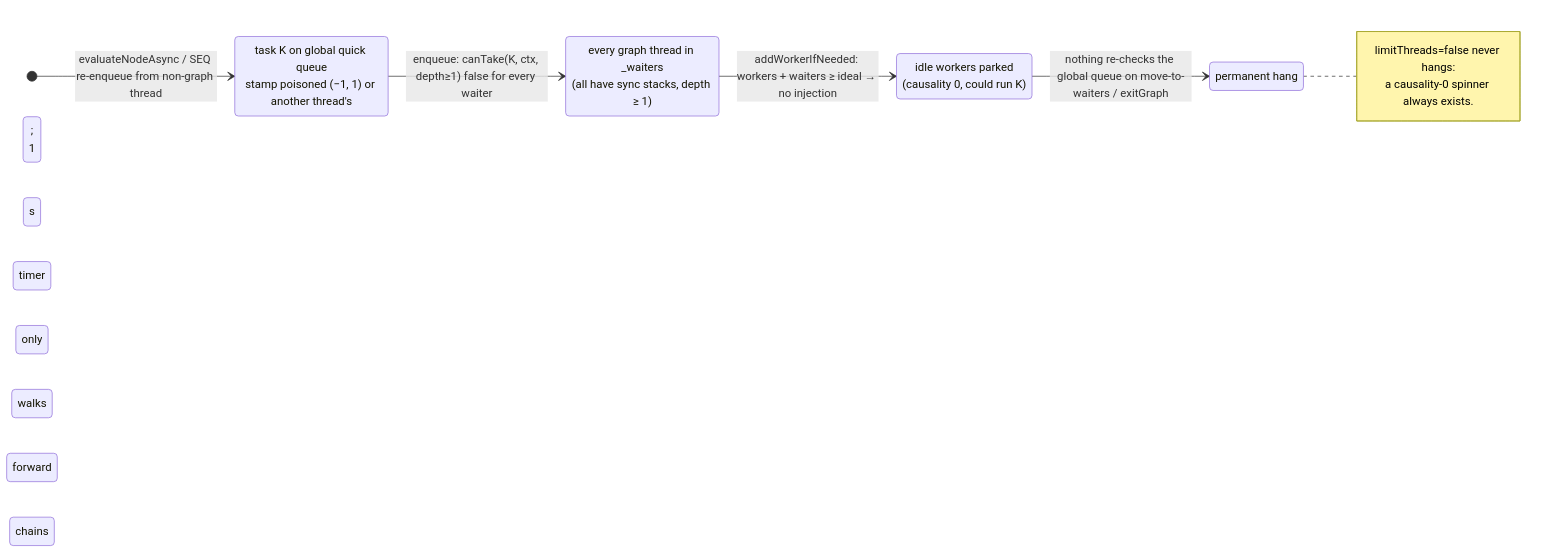
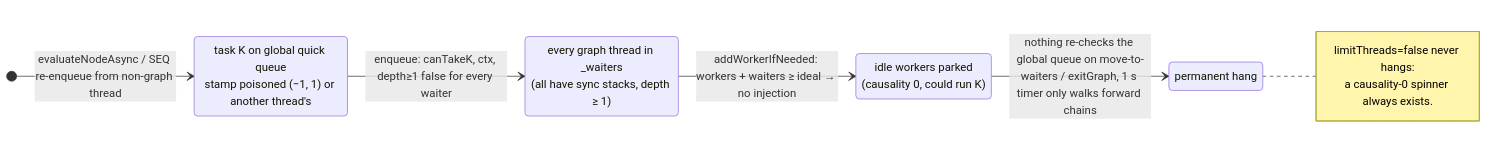
Before and after one commit to retronym/optimus-cirrus: the sixth of 7 diagrams in SCHEDULER_REVIEW.md, drawn with Mermaid. The commit also changed 2 other files, not shown here.

Commit message:
Diagrams: sanitise state-transition labels for mermaid

````diff
--- a/SCHEDULER_REVIEW.md
+++ b/SCHEDULER_REVIEW.md
@@ -341,17 +341,17 @@
 ```mermaid
 stateDiagram-v2
     direction LR
     work: task K on global quick queue<br/>stamp poisoned (−1, 1) or another thread's
     waiting: every graph thread in _waiters<br/>(all have sync stacks, depth ≥ 1)
     idle: idle workers parked<br/>(causality 0, could run K)
     hang: permanent hang
 
     [*] --> work: evaluateNodeAsync / SEQ re-enqueue from non-graph thread
-    work --> waiting: enqueue: canTake(K, ctx, depth≥1) false for every waiter
+    work --> waiting: enqueue: canTakeK, ctx, depth≥1 false for every waiter
     waiting --> idle: addWorkerIfNeeded: workers + waiters ≥ ideal → no injection
-    idle --> hang: nothing re-checks the global queue on move-to-waiters / exitGraph;<br/>1 s timer only walks forward chains
+    idle --> hang: nothing re-checks the global queue on move-to-waiters / exitGraph, 1 s timer only walks forward chains
     note right of hang
         limitThreads=false never hangs:
         a causality-0 spinner always exists.
     end note
 ```
````
